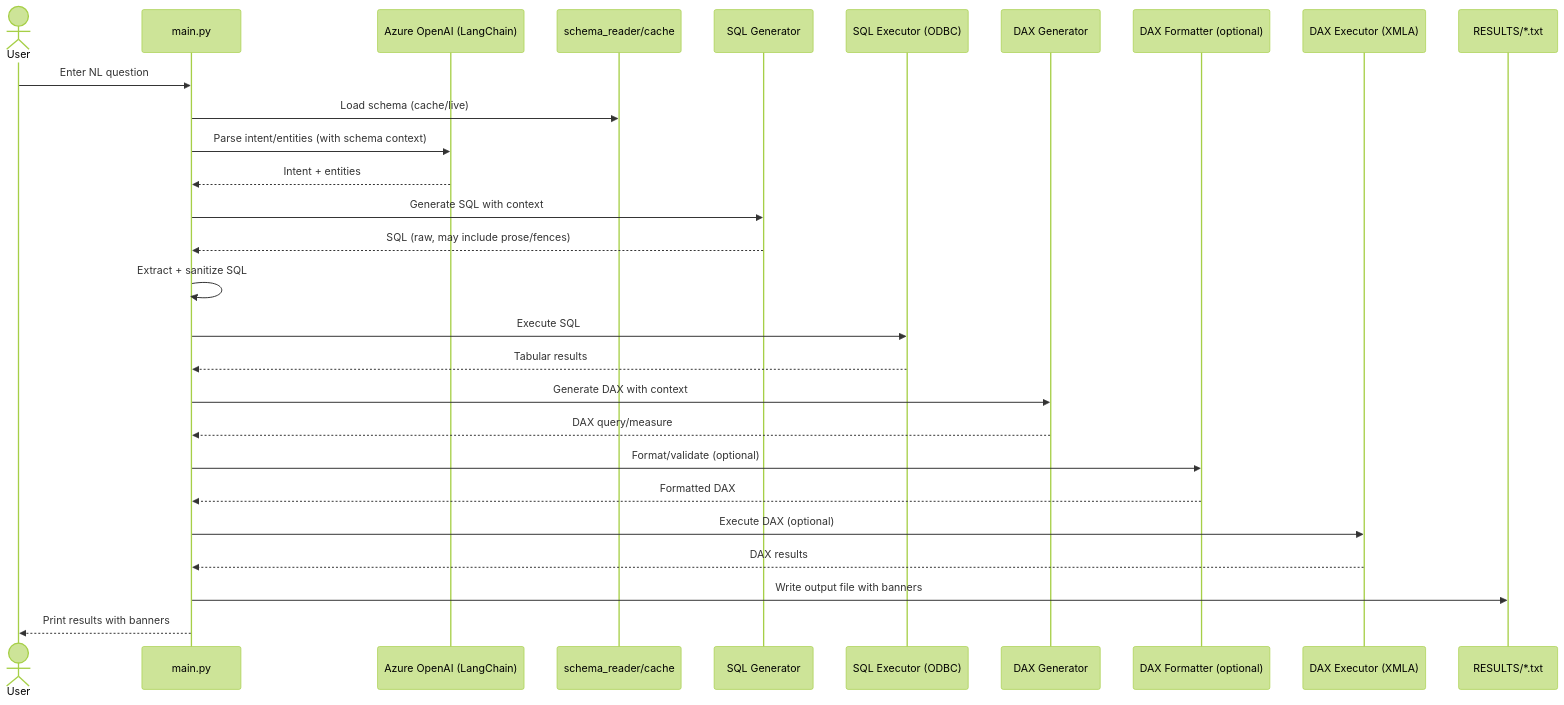
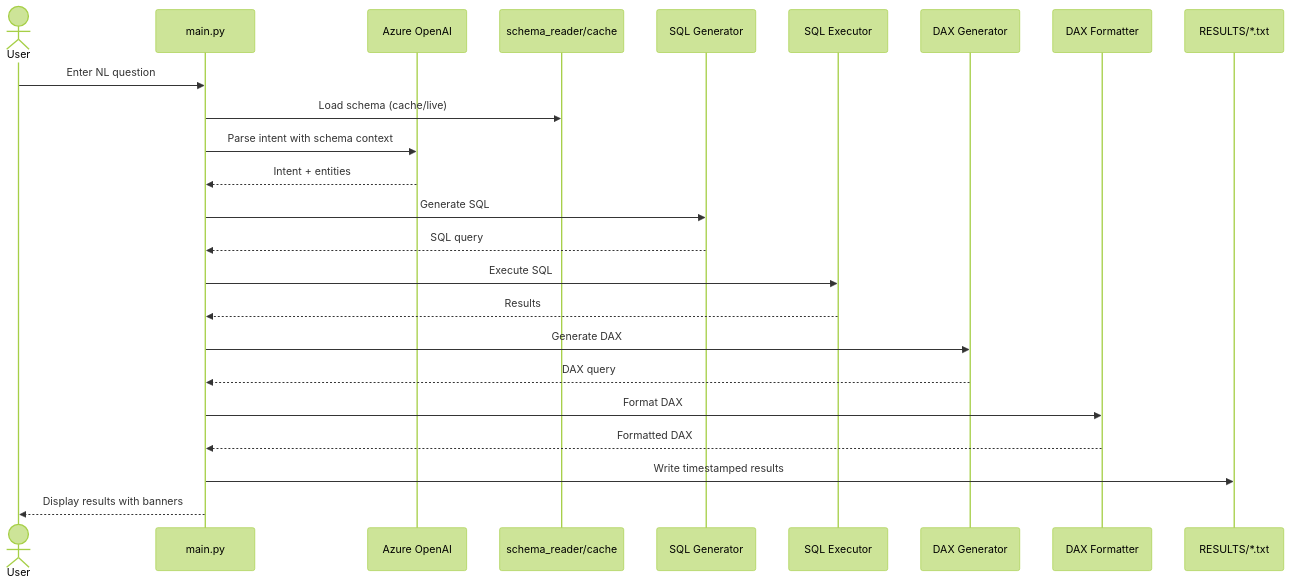
Before and after one commit to Arturo-Quiroga-MSFT/NL2DAX: the fourth of 5 diagrams in README.md, drawn with Mermaid (forest theme). The commit also changed other lines of this file and 31 other files, not shown here.

````diff
--- a/README.md
+++ b/README.md
@@ -200,31 +396,27 @@
 ```mermaid
 sequenceDiagram
-	actor User
-	participant Main as main.py
-	participant LLM as Azure OpenAI (LangChain)
-	participant Schema as schema_reader/cache
-	participant GenSQL as SQL Generator
-	participant SQLExec as SQL Executor (ODBC)
-	participant GenDAX as DAX Generator
-	participant DAXFmt as DAX Formatter (optional)
-	participant DAXExec as DAX Executor (XMLA)
-	participant FS as RESULTS/*.txt
+    actor User
+    participant Main as main.py
+    participant LLM as Azure OpenAI
+    participant Schema as schema_reader/cache
+    participant GenSQL as SQL Generator
+    participant SQLExec as SQL Executor
+    participant GenDAX as DAX Generator
+    participant DAXFmt as DAX Formatter
+    participant FS as RESULTS/*.txt
 
-	User->>Main: Enter NL question
-	Main->>Schema: Load schema (cache/live)
-	Main->>LLM: Parse intent/entities (with schema context)
-	LLM-->>Main: Intent + entities
-	Main->>GenSQL: Generate SQL with context
-	GenSQL-->>Main: SQL (raw, may include prose/fences)
-	Main->>Main: Extract + sanitize SQL
-	Main->>SQLExec: Execute SQL
-	SQLExec-->>Main: Tabular results
-	Main->>GenDAX: Generate DAX with context
-	GenDAX-->>Main: DAX query/measure
-	Main->>DAXFmt: Format/validate (optional)
-	DAXFmt-->>Main: Formatted DAX
-	Main->>DAXExec: Execute DAX (optional)
-	DAXExec-->>Main: DAX results
-	Main->>FS: Write output file with banners
-	Main-->>User: Print results with banners
+    User->>Main: Enter NL question
+    Main->>Schema: Load schema (cache/live)
+    Main->>LLM: Parse intent with schema context
+    LLM-->>Main: Intent + entities
+    Main->>GenSQL: Generate SQL
+    GenSQL-->>Main: SQL query
+    Main->>SQLExec: Execute SQL
+    SQLExec-->>Main: Results
+    Main->>GenDAX: Generate DAX
+    GenDAX-->>Main: DAX query
+    Main->>DAXFmt: Format DAX
+    DAXFmt-->>Main: Formatted DAX
+    Main->>FS: Write timestamped results
+    Main-->>User: Display results with banners
 ```
````
